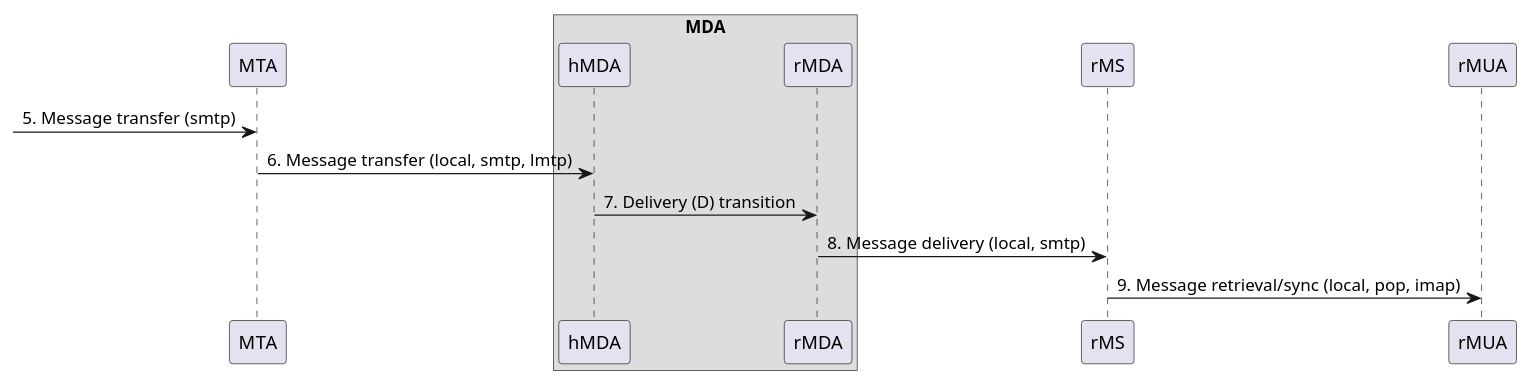
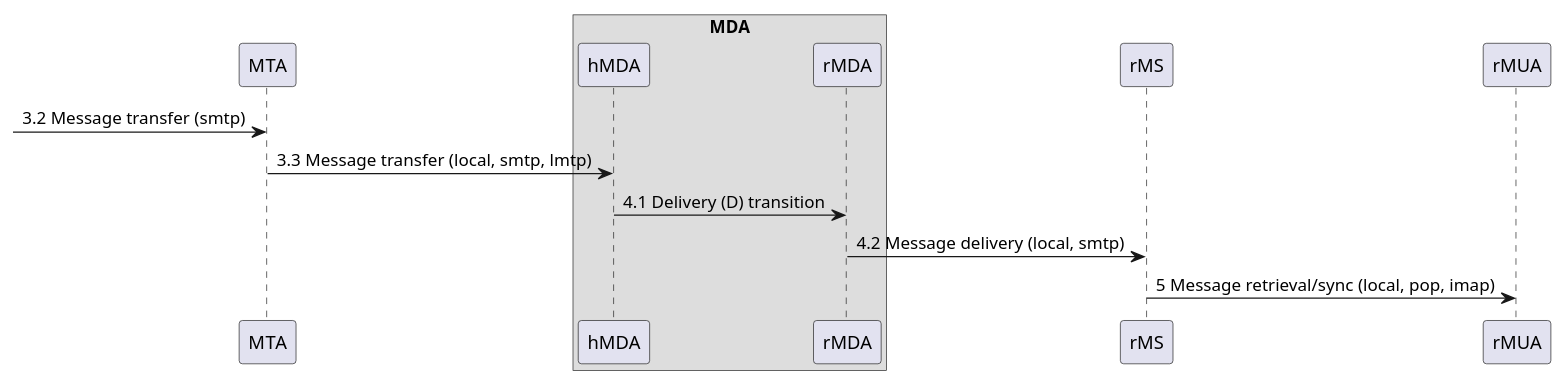
Before and after one commit to federizer/federizer: the diagram in docs/resources/rfc5598_sd_II.puml, drawn with PlantUML. The commit also changed 6 other files, not shown here.

```diff
--- a/docs/resources/rfc5598_sd_II.puml
+++ b/docs/resources/rfc5598_sd_II.puml
@@ -1,36 +1,36 @@
 @startuml Internet Mail Architecture (rfc5598), message flow part II.
 
 /'
 Message
 Message User Agent (MUA)
     Author MUA (aMUA)
     Recipient MUA (rMUA)
 Message Submission Agent (MSA)
     Author-focused MSA functions (aMSA)
     MHS-focused MSA functions (hMSA)
 Message Transfer Agent (MTA)
 Message Delivery Agent (MDA)
     Recipient-focused MDA functions (rMDA)
     MHS-focused MDA functions (hMDA)
 Message Store (MS)
     Author MS (aMS)
     Recipient MS (rMS)
     User Agent MS (uMS)
 '/
 
 'ADMD II.
 participant "MTA" as MTA /'MTA'/
 box "MDA"
 participant "hMDA" as hMDA /'MHS-focused MDA'/
 participant "rMDA" as rMDA /'Recipient-focused MDA'/
 end box
 participant "rMS" as rMS /'Recipient MS'/
 participant "rMUA" as rMUA /'MUA, uMS optional'/
 
-[-> MTA : 5. Message transfer (smtp)
-MTA -> hMDA : 6. Message transfer (local, smtp, lmtp)
-hMDA -> rMDA : 7. Delivery (D) transition
-rMDA -> rMS : 8. Message delivery (local, smtp)
-rMS -> rMUA : 9. Message retrieval/sync (local, pop, imap)
+[-> MTA : 3.2 Message transfer (smtp)
+MTA -> hMDA : 3.3 Message transfer (local, smtp, lmtp)
+hMDA -> rMDA : 4.1 Delivery (D) transition
+rMDA -> rMS : 4.2 Message delivery (local, smtp)
+rMS -> rMUA : 5 Message retrieval/sync (local, pop, imap)
 
 @enduml
```
